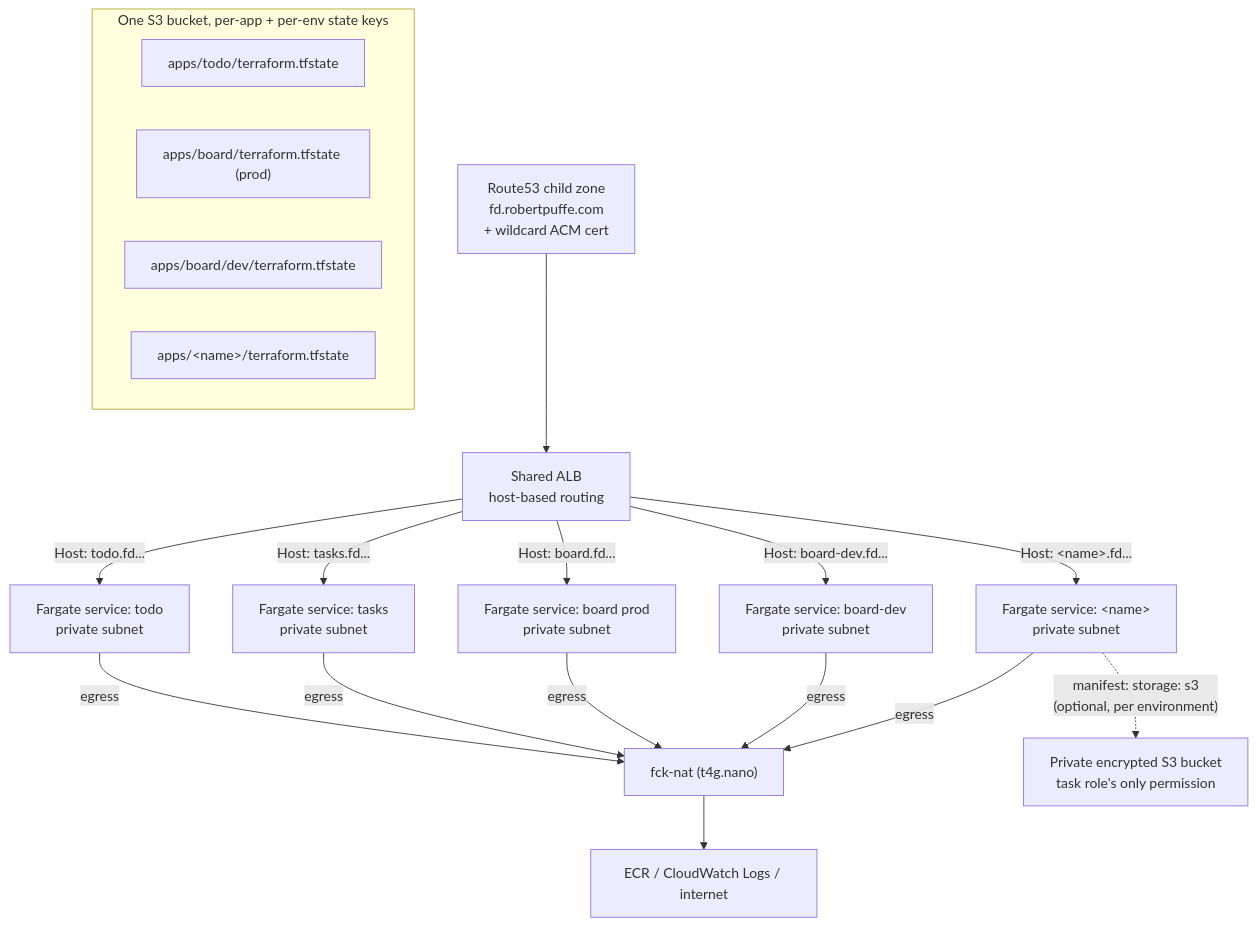
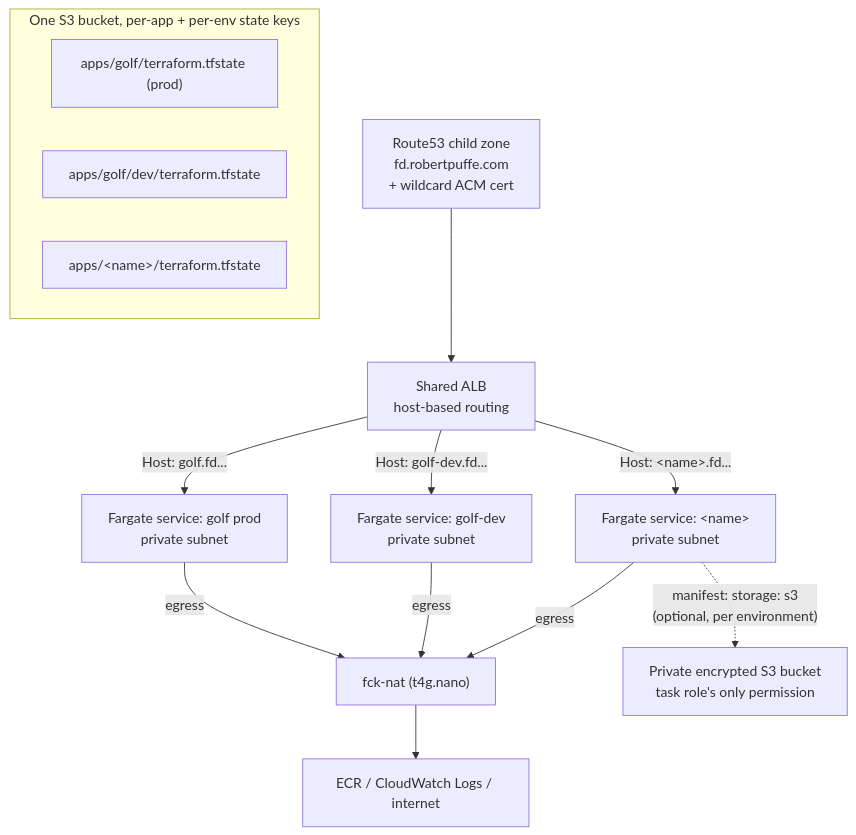
The third of 3 diagrams in README.md (rpuffe/flightdeck), drawn with Mermaid before and after one commit. The commit also changed other lines of this file and 1 other file, not shown here.

Commit message:
chore: retire the todo, tasks, board, and ping demo apps
Their app stacks were destroyed against their own state keys and the
registry now lists only golf and studio, so bootstrap drops their ECR
repositories, deploy roles, and per-app policies. README points at golf
as the app that stays deployed; the recorded run results are unchanged.

````diff
--- a/README.md
+++ b/README.md
@@ -80,18 +80,15 @@
 ```mermaid
 flowchart TB
     R["Route53 child zone<br/>fd.robertpuffe.com<br/>+ wildcard ACM cert"] --> ALB["Shared ALB<br/>host-based routing"]
-    ALB -->|Host: todo.fd...| S1["Fargate service: todo<br/>private subnet"]
-    ALB -->|Host: tasks.fd...| S2["Fargate service: tasks<br/>private subnet"]
-    ALB -->|Host: board.fd...| S3P["Fargate service: board prod<br/>private subnet"]
-    ALB -->|Host: board-dev.fd...| S3D["Fargate service: board-dev<br/>private subnet"]
+    ALB -->|Host: golf.fd...| S3P["Fargate service: golf prod<br/>private subnet"]
+    ALB -->|Host: golf-dev.fd...| S3D["Fargate service: golf-dev<br/>private subnet"]
     ALB -->|Host: &lt;name&gt;.fd...| S4["Fargate service: &lt;name&gt;<br/>private subnet"]
-    S1 & S2 & S3P & S3D & S4 -->|egress| NAT["fck-nat (t4g.nano)"]
+    S3P & S3D & S4 -->|egress| NAT["fck-nat (t4g.nano)"]
     NAT --> INET["ECR / CloudWatch Logs / internet"]
     S4 -. "manifest: storage: s3<br/>(optional, per environment)" .-> BUCKET["Private encrypted S3 bucket<br/>task role's only permission"]
     subgraph State["One S3 bucket, per-app + per-env state keys"]
-        K1["apps/todo/terraform.tfstate"]
-        K2["apps/board/terraform.tfstate (prod)"]
-        K3["apps/board/dev/terraform.tfstate"]
+        K2["apps/golf/terraform.tfstate (prod)"]
+        K3["apps/golf/dev/terraform.tfstate"]
         K4["apps/&lt;name&gt;/terraform.tfstate"]
     end
 ```
````
